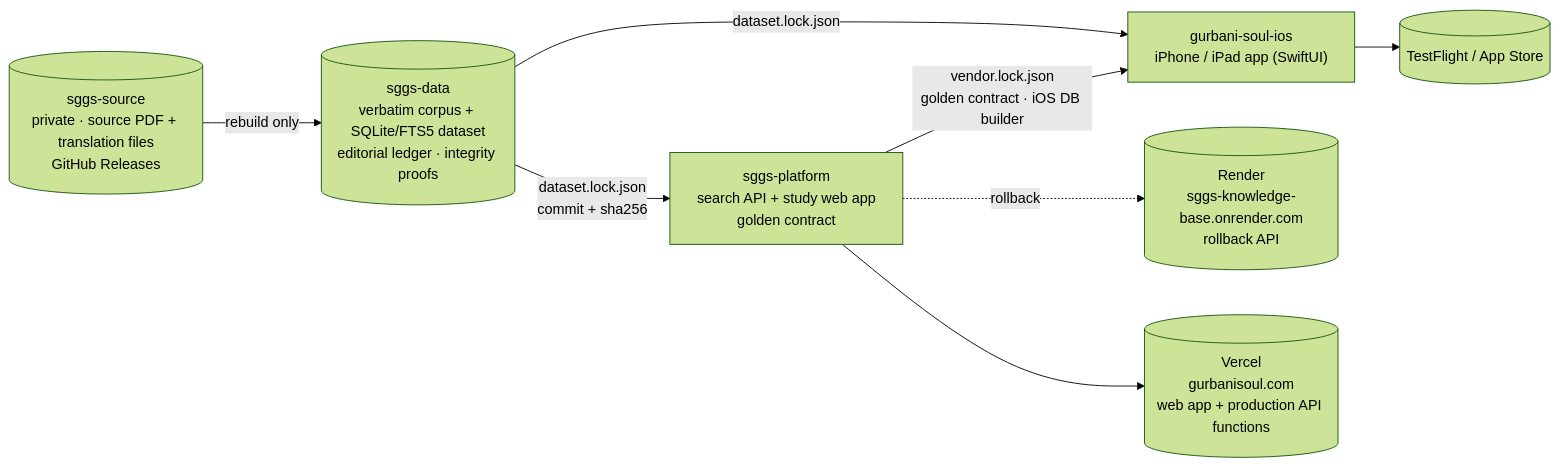
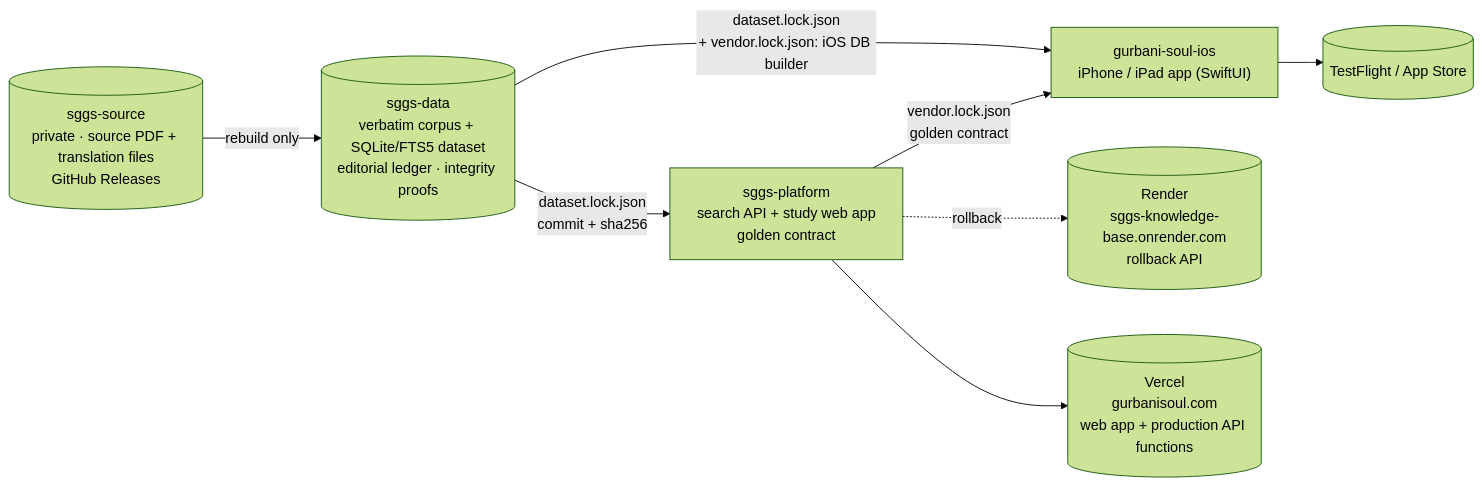
Before and after one commit to Algorythmos-AI/algorythmos-handbook: the first of 4 diagrams in docs/architecture.md, drawn with Mermaid (forest theme). The commit also changed 6 other files, not shown here.

````diff
--- a/docs/architecture.md
+++ b/docs/architecture.md
@@ -9,17 +9,17 @@
 ```mermaid
 flowchart LR
   src[("sggs-source<br/>private · source PDF + translation files<br/>GitHub Releases")]
   data[("sggs-data<br/>verbatim corpus + SQLite/FTS5 dataset<br/>editorial ledger · integrity proofs")]
   plat["sggs-platform<br/>search API + study web app<br/>golden contract"]
   ios["gurbani-soul-ios<br/>iPhone / iPad app (SwiftUI)"]
   api[("Render<br/>sggs-knowledge-base.onrender.com<br/>rollback API")]
   web[("Vercel<br/>gurbanisoul.com<br/>web app + production API functions")]
   store[("TestFlight / App Store")]
   src -- "rebuild only" --> data
   data -- "dataset.lock.json<br/>commit + sha256" --> plat
-  data -- "dataset.lock.json" --> ios
-  plat -- "vendor.lock.json<br/>golden contract · iOS DB builder" --> ios
+  data -- "dataset.lock.json<br/>+ vendor.lock.json: iOS DB builder" --> ios
+  plat -- "vendor.lock.json<br/>golden contract" --> ios
   plat -. rollback .-> api
   plat --> web
   ios --> store
 ```
````
